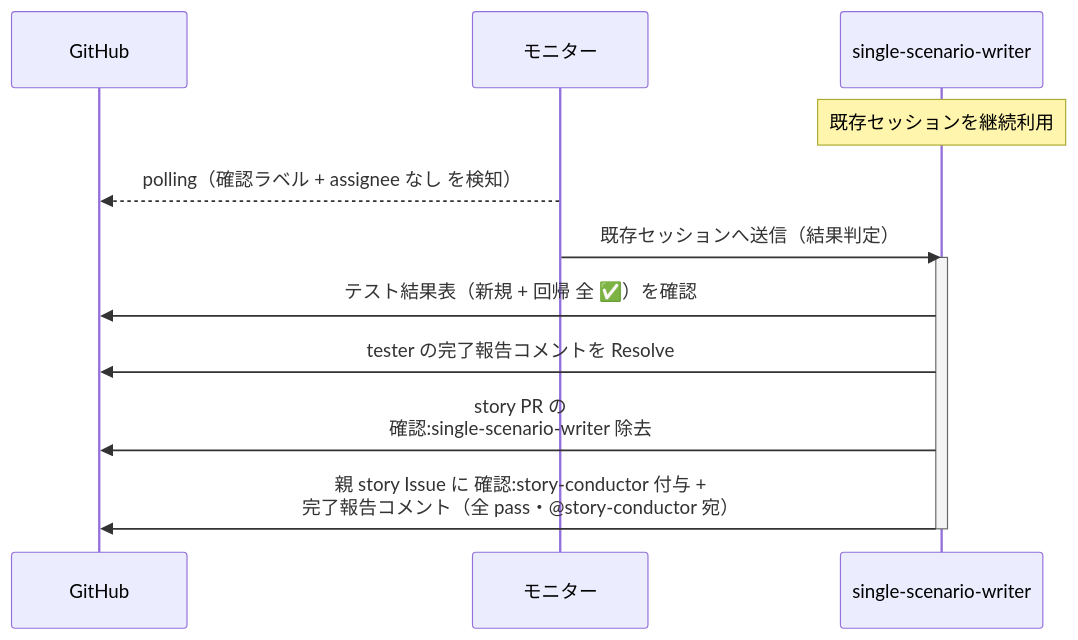
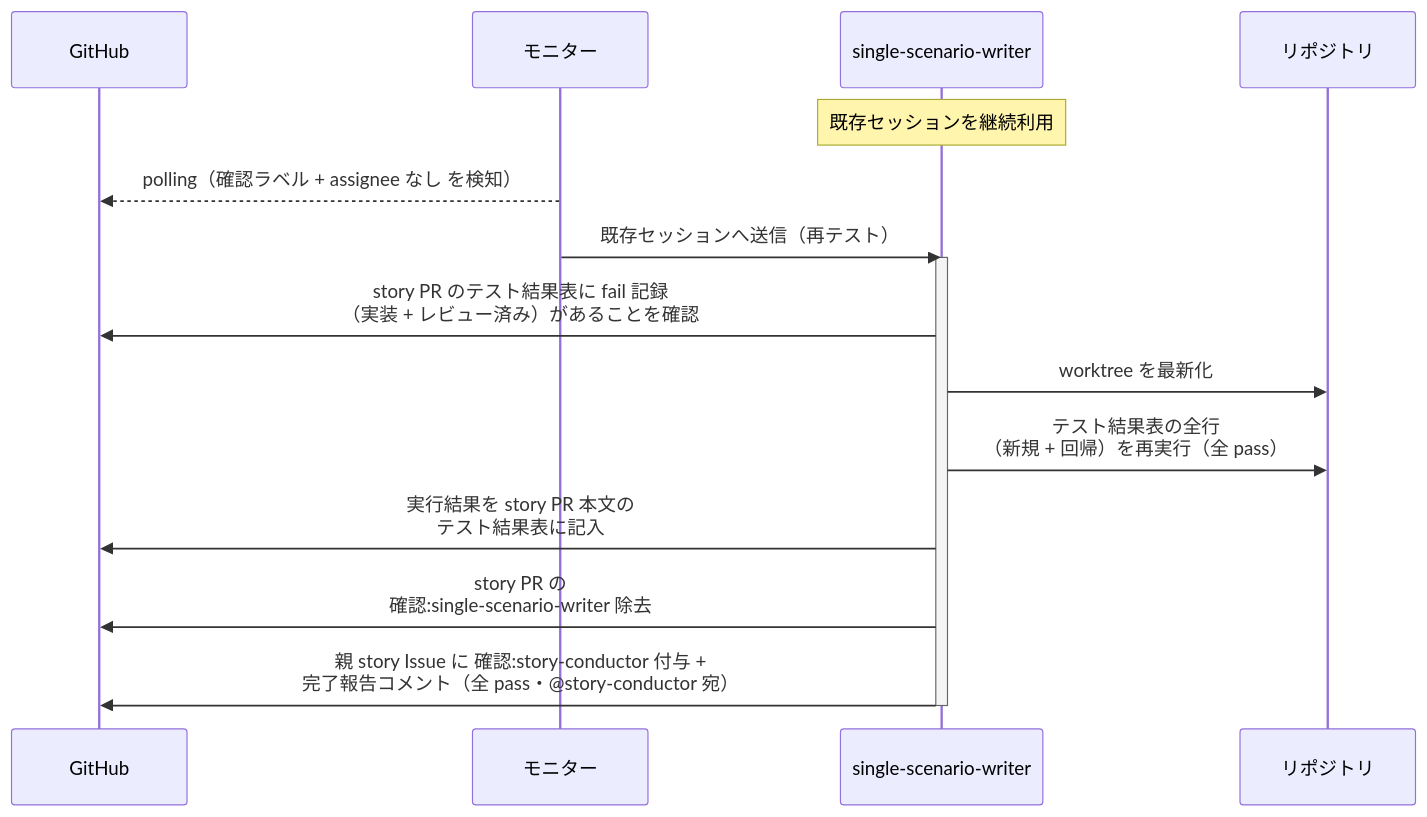
Before and after one commit to shuhei1101/ai-monitor: the second of 2 diagrams in docs/wiki/設計図/シナリオ/単一ユースケース/統合テスト指揮.md, drawn with Mermaid. The commit also changed other lines of this file and 304 other files, not shown here.

````diff
--- a/docs/wiki/設計図/シナリオ/単一ユースケース/統合テスト指揮.md
+++ b/docs/wiki/設計図/シナリオ/単一ユースケース/統合テスト指揮.md
@@ -69,16 +71,19 @@
 ```mermaid
 sequenceDiagram
   participant GH as GitHub
   participant ORC as モニター
   participant MON as single-scenario-writer
+  participant REPO as リポジトリ
 
   Note over MON: 既存セッションを継続利用
   ORC-->>GH: polling（確認ラベル + assignee なし を検知）
-  ORC->>MON: 既存セッションへ送信（結果判定）
+  ORC->>MON: 既存セッションへ送信（再テスト）
   activate MON
-  MON->>GH: テスト結果表（新規 + 回帰 全 ✅）を確認
-  MON->>GH: tester の完了報告コメントを Resolve
+  MON->>GH: story PR のテスト結果表に fail 記録<br>（実装 + レビュー済み）があることを確認
+  MON->>REPO: worktree を最新化
+  MON->>REPO: テスト結果表の全行<br>（新規 + 回帰）を再実行（全 pass）
+  MON->>GH: 実行結果を story PR 本文の<br>テスト結果表に記入
   MON->>GH: story PR の<br>確認:single-scenario-writer 除去
   MON->>GH: 親 story Issue に 確認:story-conductor 付与 +<br>完了報告コメント（全 pass・@story-conductor 宛）
   deactivate MON
 ```
````
